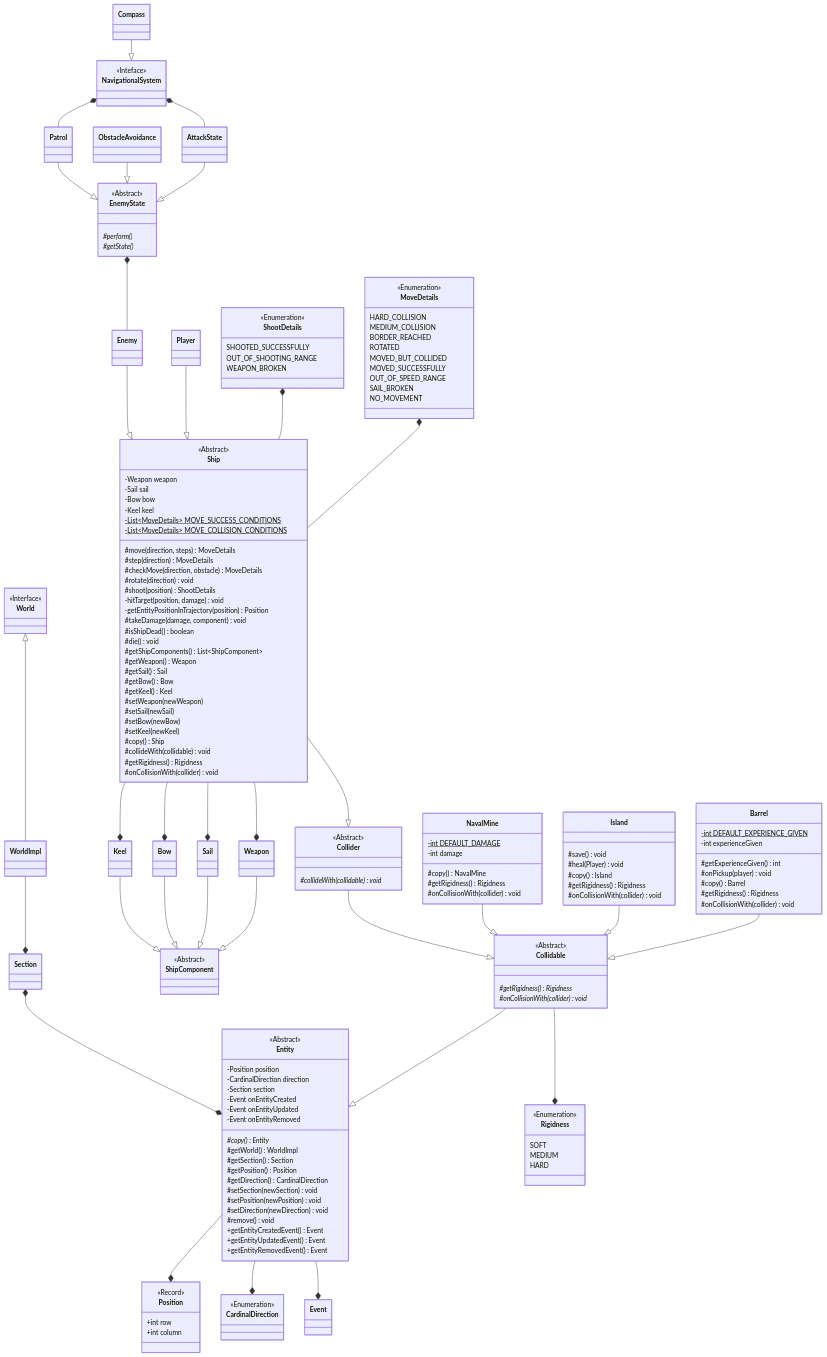
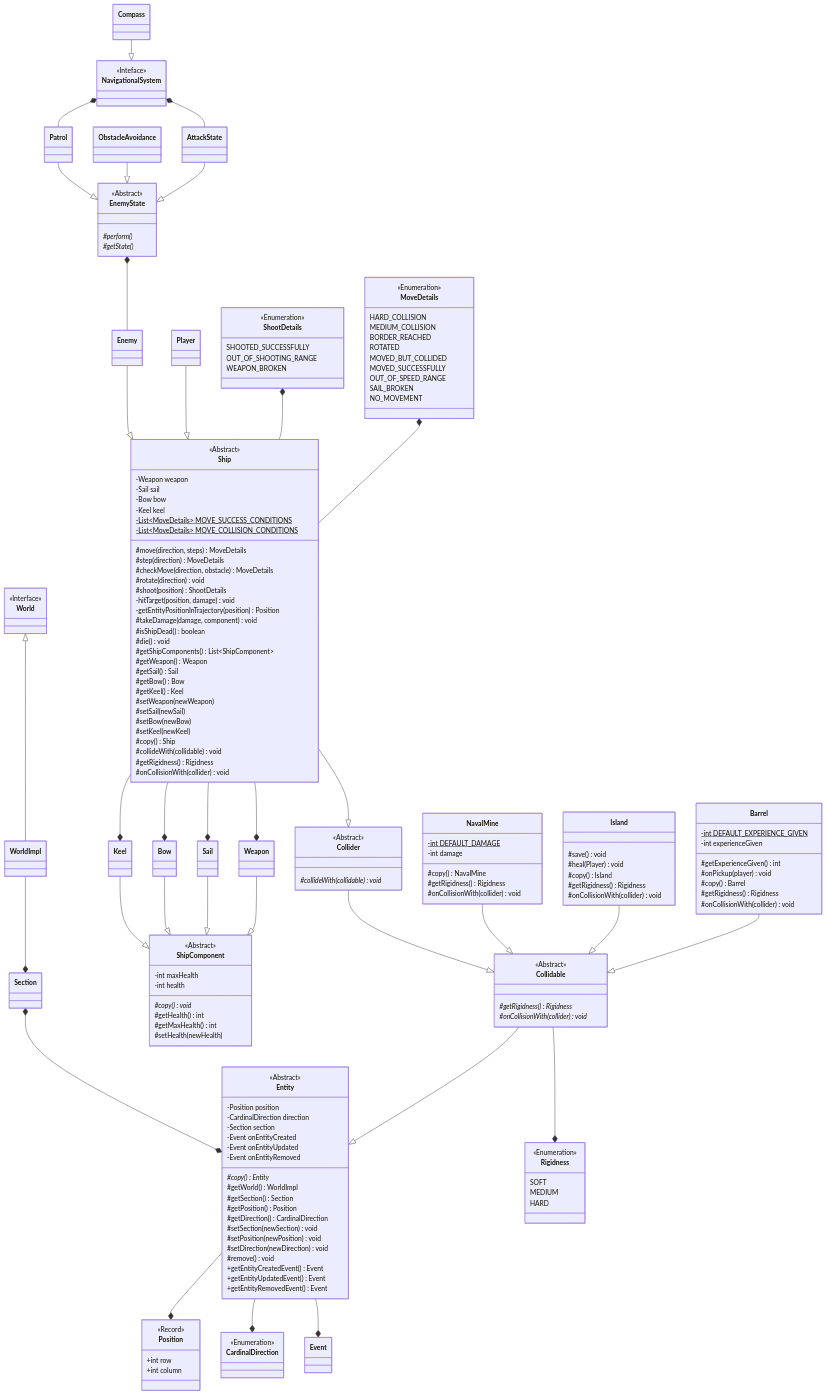
Before and after one commit to thunderingmarmot/OOP23-objectonepiece: the diagram in report/diagrams/uml.md, drawn with Mermaid.

Commit message:
Finished ShipComponent class UML diagram

```diff
--- a/report/diagrams/uml.md
+++ b/report/diagrams/uml.md
@@ -128,6 +128,12 @@
 
 class ShipComponent
 <<Abstract>> ShipComponent
+ShipComponent : -int maxHealth
+ShipComponent : -int health
+ShipComponent : #copy()* void
+ShipComponent : #getHealth() int
+ShipComponent : #getMaxHealth() int
+ShipComponent : #setHealth(newHealth)
 
 class Weapon
 Weapon --|> ShipComponent 
```
